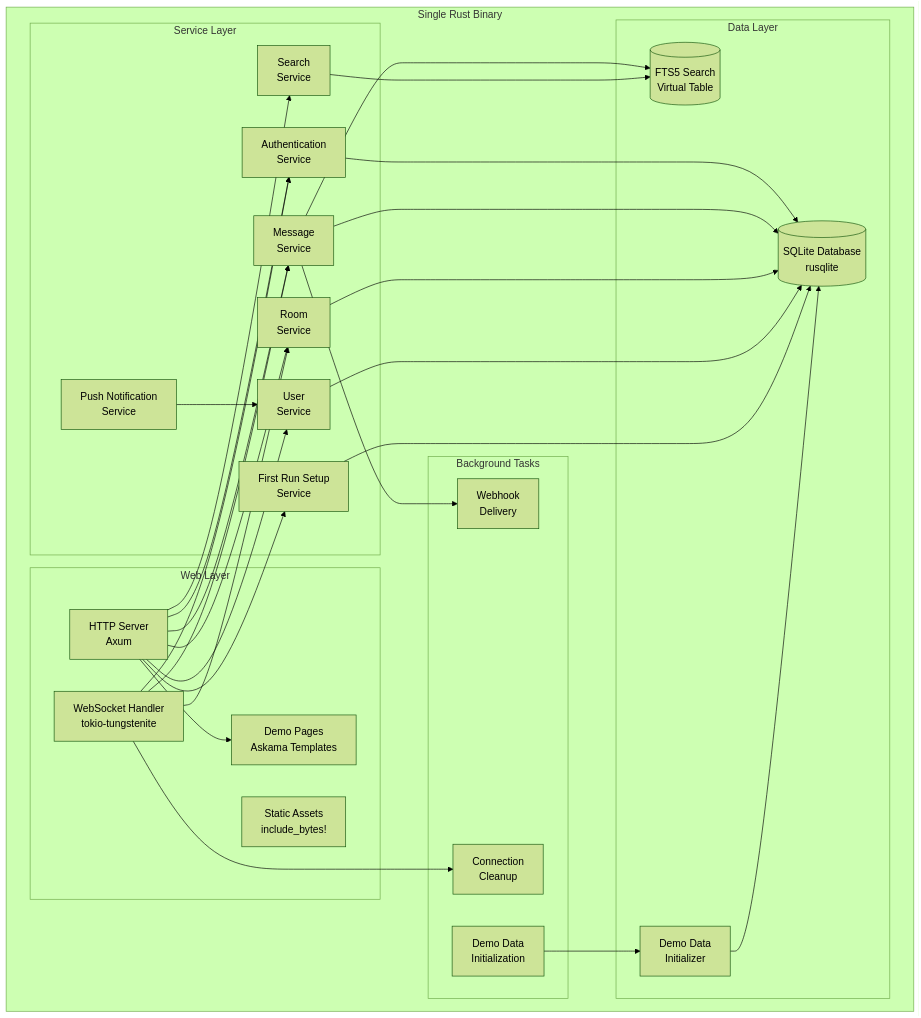
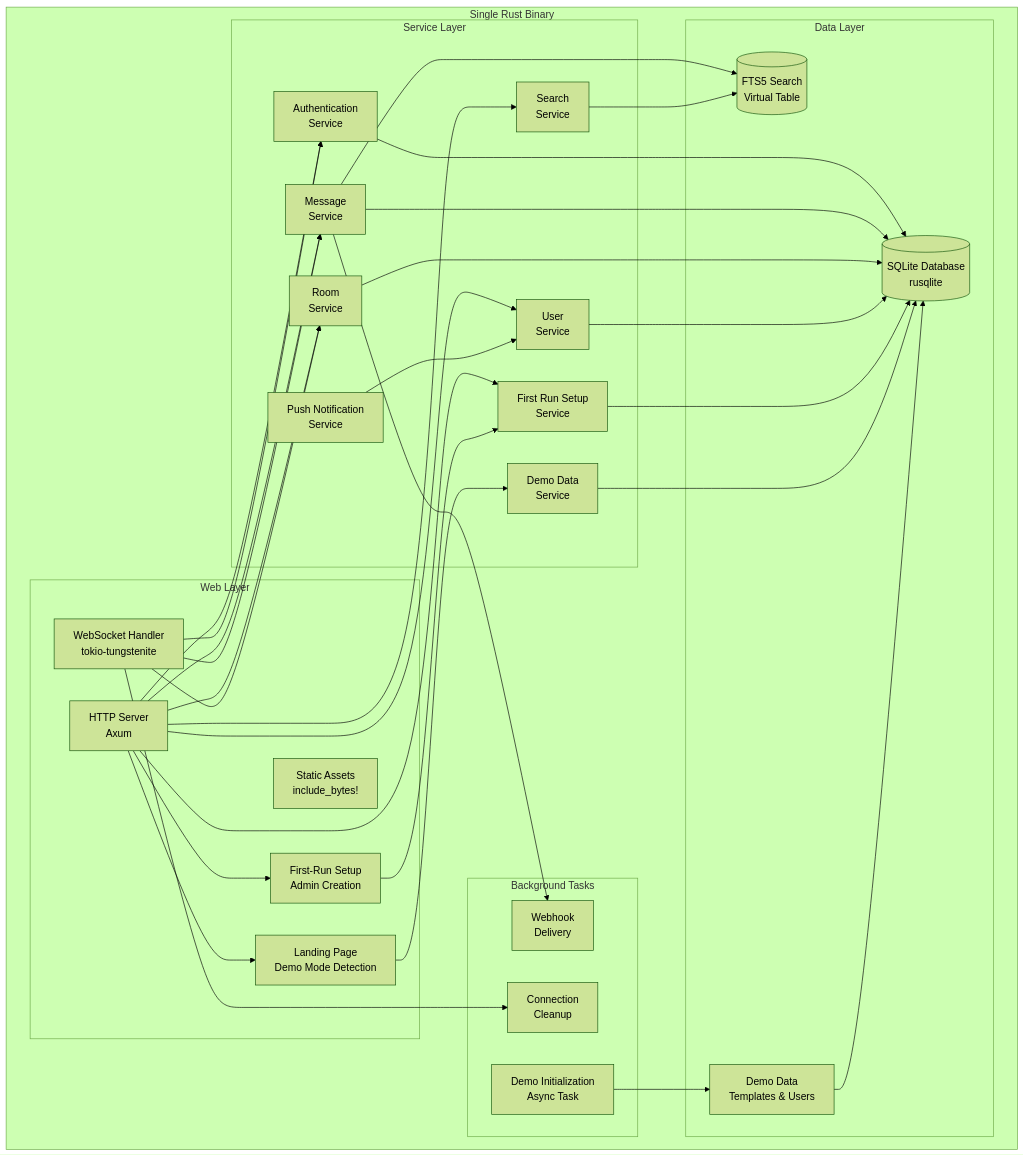
The first of 4 diagrams in .kiro/specs/campfire-rust-rewrite/design.md (that-in-rust/campfire-on-rust), drawn with Mermaid (forest theme) before and after one commit. The commit also changed other lines of this file, not shown here.

````diff
--- a/.kiro/specs/campfire-rust-rewrite/design.md
+++ b/.kiro/specs/campfire-rust-rewrite/design.md
@@ -24,60 +28,67 @@
 ```mermaid
 graph TB
     subgraph "Single Rust Binary"
         subgraph "Web Layer"
             HTTP[HTTP Server<br/>Axum]
             WS[WebSocket Handler<br/>tokio-tungstenite]
             STATIC[Static Assets<br/>include_bytes!]
-            DEMO[Demo Pages<br/>Askama Templates]
+            LANDING[Landing Page<br/>Demo Mode Detection]
+            SETUP_UI[First-Run Setup<br/>Admin Creation]
         end
         
         subgraph "Service Layer"
             AUTH[Authentication<br/>Service]
             MSG[Message<br/>Service]
             ROOM[Room<br/>Service]
             USER[User<br/>Service]
             SEARCH[Search<br/>Service]
             PUSH[Push Notification<br/>Service]
+            DEMO[Demo Data<br/>Service]
             SETUP[First Run Setup<br/>Service]
         end
         
         subgraph "Data Layer"
             DB[(SQLite Database<br/>rusqlite)]
             FTS[(FTS5 Search<br/>Virtual Table)]
-            DEMO_DATA[Demo Data<br/>Initializer]
+            DEMO_STORE[Demo Data<br/>Templates & Users]
         end
         
         subgraph "Background Tasks"
             WEBHOOK[Webhook<br/>Delivery]
             CLEANUP[Connection<br/>Cleanup]
-            DEMO_INIT[Demo Data<br/>Initialization]
+            DEMO_INIT[Demo Initialization<br/>Async Task]
         end
     end
     
     HTTP --> AUTH
     HTTP --> MSG
     HTTP --> ROOM
     HTTP --> USER
     HTTP --> SEARCH
     HTTP --> SETUP
-    HTTP --> DEMO
+    HTTP --> LANDING
+    HTTP --> SETUP_UI
     
     WS --> MSG
     WS --> ROOM
     WS --> AUTH
     
     AUTH --> DB
     MSG --> DB
     MSG --> FTS
     ROOM --> DB
     USER --> DB
     SEARCH --> FTS
     SETUP --> DB
+    DEMO --> DB
     
     MSG --> WEBHOOK
     WS --> CLEANUP
-    DEMO_INIT --> DEMO_DATA
-    DEMO_DATA --> DB
+    DEMO_INIT --> DEMO_STORE
+    DEMO_STORE --> DB
     
     PUSH --> USER
+    
+    LANDING --> DEMO
+    SETUP_UI --> SETUP
 ```
````
